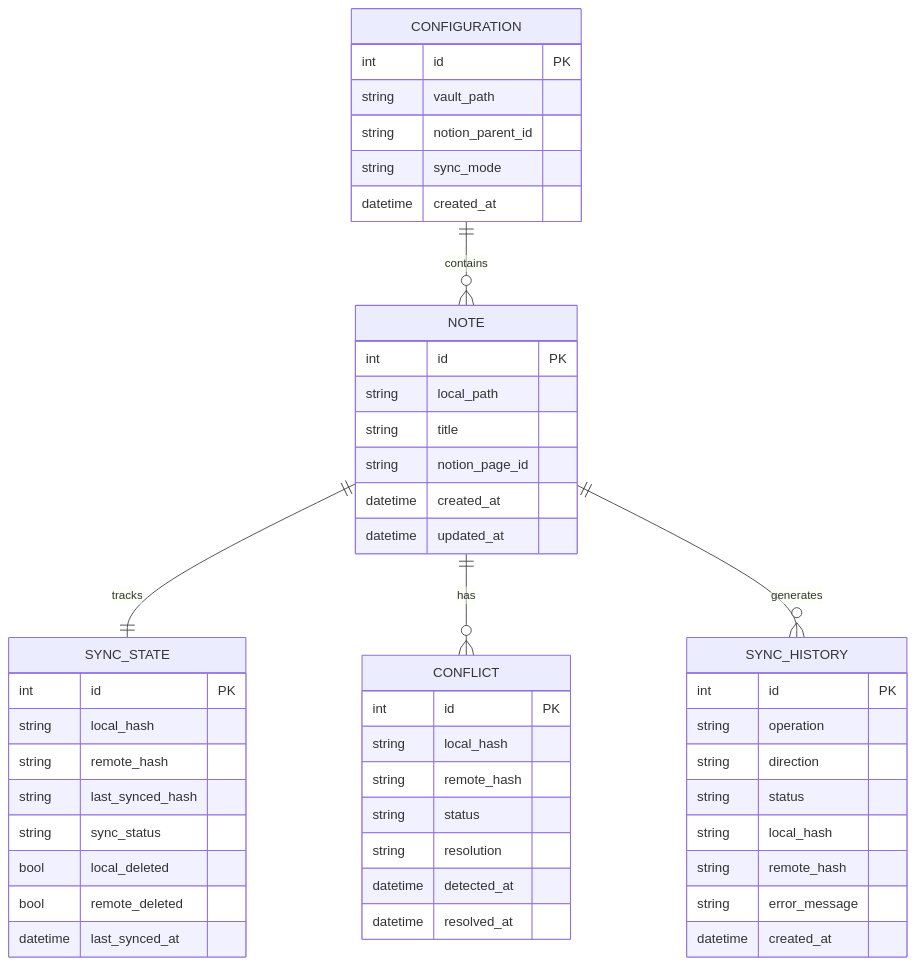
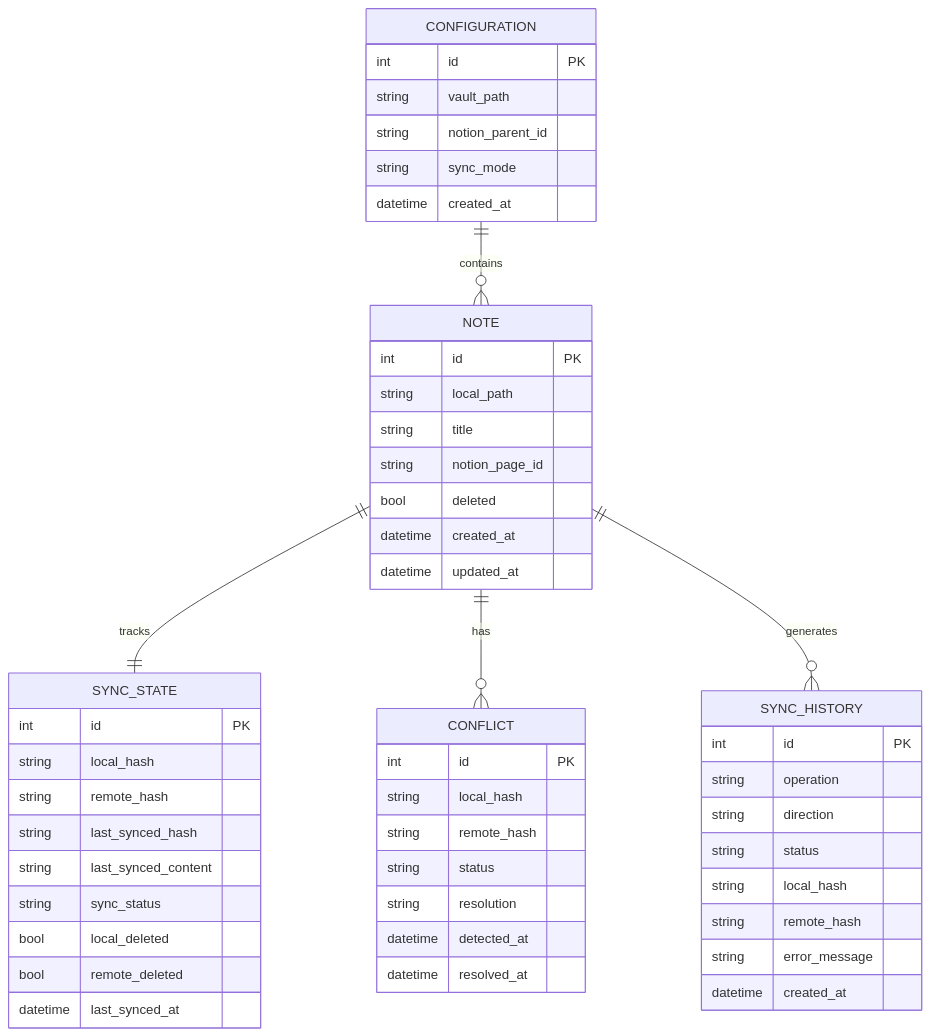
The sixth of 7 diagrams in README.md (Mazennaji/notesync), drawn with Mermaid before and after one commit. The commit also changed other lines of this file, not shown here.

````diff
--- a/README.md
+++ b/README.md
@@ -421,52 +425,54 @@
 ```mermaid
 erDiagram
     CONFIGURATION ||--o{ NOTE : contains
     NOTE ||--|| SYNC_STATE : tracks
     NOTE ||--o{ CONFLICT : has
     NOTE ||--o{ SYNC_HISTORY : generates
 
     CONFIGURATION {
         int id PK
         string vault_path
         string notion_parent_id
         string sync_mode
         datetime created_at
     }
     NOTE {
         int id PK
         string local_path
         string title
         string notion_page_id
+        bool deleted
         datetime created_at
         datetime updated_at
     }
     SYNC_STATE {
         int id PK
         string local_hash
         string remote_hash
         string last_synced_hash
+        string last_synced_content
         string sync_status
         bool local_deleted
         bool remote_deleted
         datetime last_synced_at
     }
     CONFLICT {
         int id PK
         string local_hash
         string remote_hash
         string status
         string resolution
         datetime detected_at
         datetime resolved_at
     }
     SYNC_HISTORY {
         int id PK
         string operation
         string direction
         string status
         string local_hash
         string remote_hash
         string error_message
         datetime created_at
     }
 ```
````
